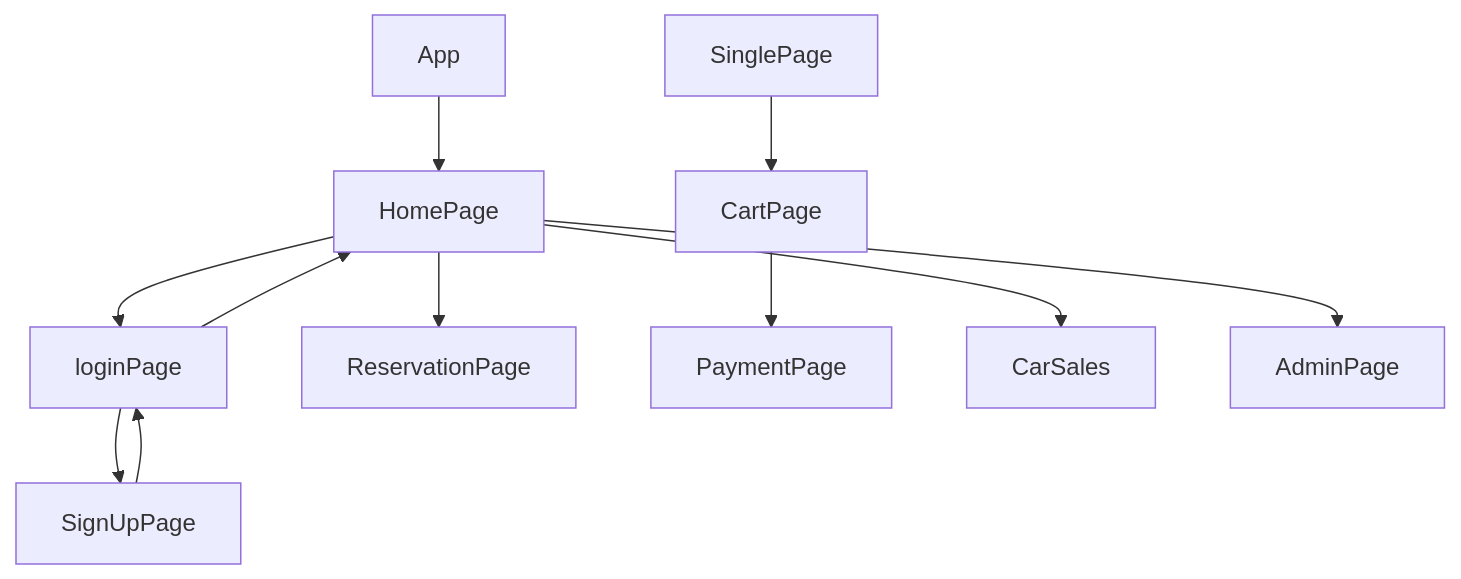
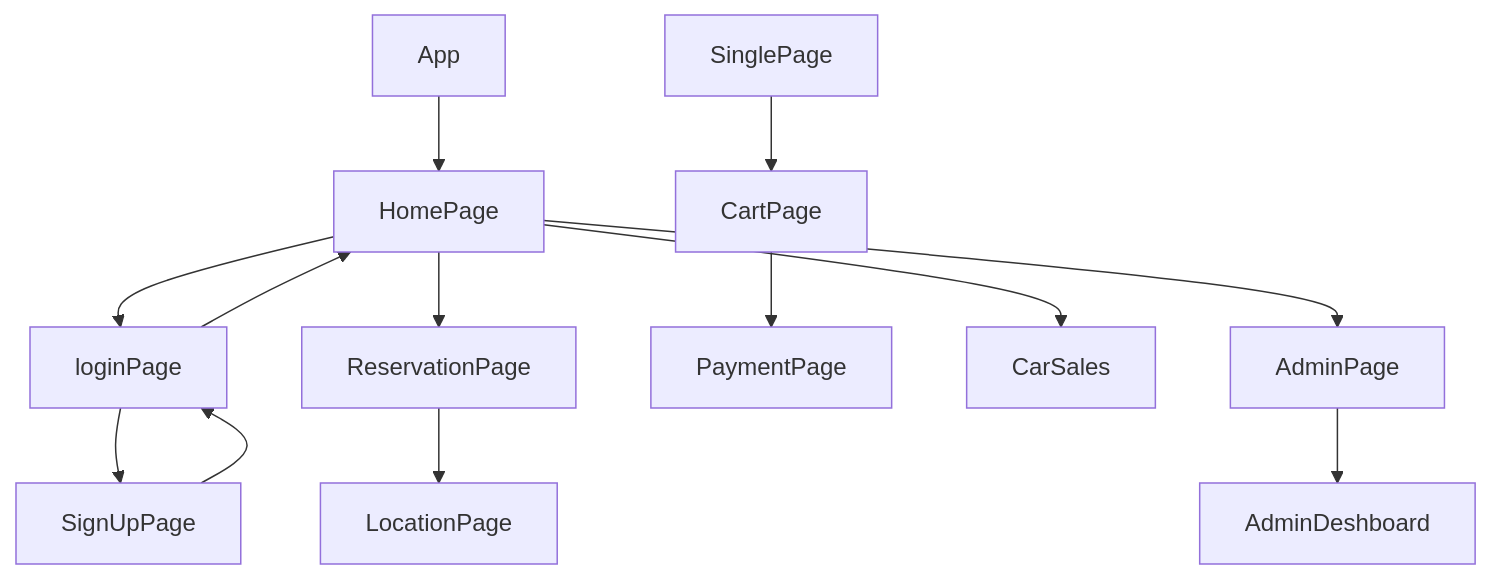
Before and after one commit to shikhu51197/Avis-Rentals: the diagram in README.md, drawn with Mermaid. The commit also changed other lines of this file, not shown here.

````diff
--- a/README.md
+++ b/README.md
@@ -76,13 +79,15 @@
 ```mermaid
 graph TD;
     App-->HomePage
     HomePage-->loginPage;
     loginPage-->SignUpPage;
       SignUpPage-->loginPage;
        loginPage-->HomePage;
        HomePage --> ReservationPage
+       ReservationPage-->LocationPage
        SinglePage --> CartPage
        CartPage-->PaymentPage
        HomePage -->CarSales
        HomePage --> AdminPage
+       AdminPage-->AdminDeshboard
 ```
````
